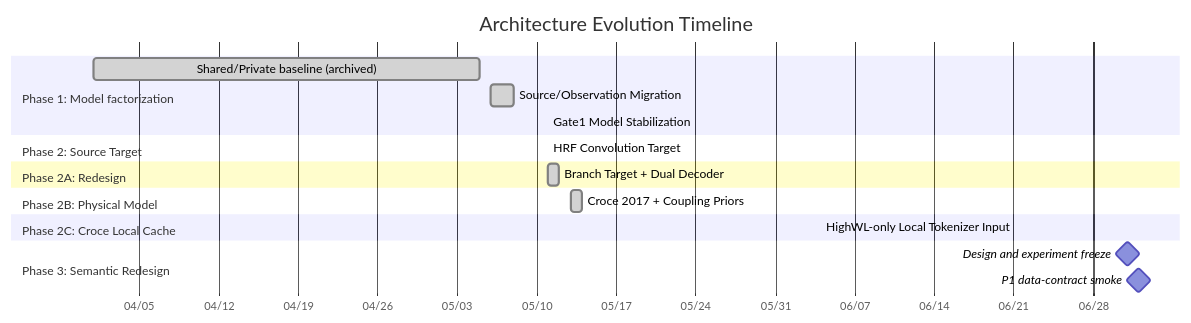
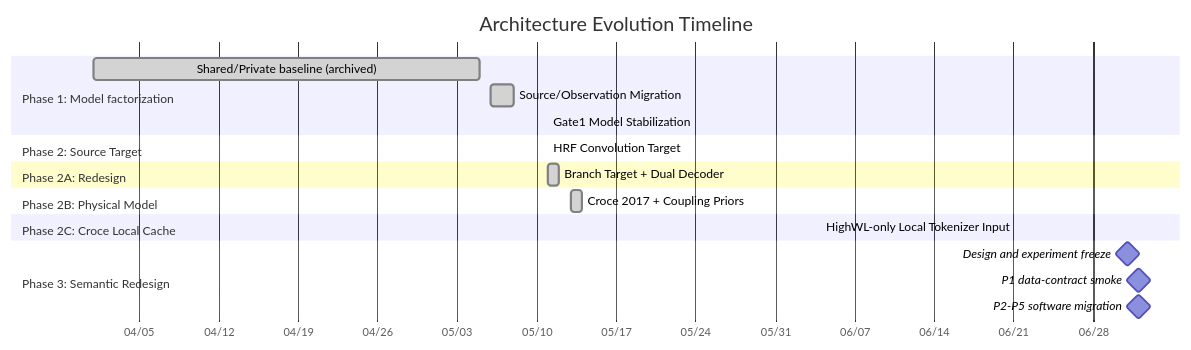
Before and after one commit to Kevin65536/PID-MCM: the diagram in docs/architecture_changelog/INDEX.md, drawn with Mermaid. The commit also changed other lines of this file and 7 other files, not shown here.

Commit message:
docs: record P2-P5 software migration

````diff
--- a/docs/architecture_changelog/INDEX.md
+++ b/docs/architecture_changelog/INDEX.md
@@ -18,23 +18,24 @@
 ```mermaid
 gantt
     accTitle: Architecture evolution timeline
     accDescr: The source observation lineage is complete through the Croce local runtime, followed by a planned physiology semantic tokenizer redesign.
     title Architecture Evolution Timeline
     dateFormat  YYYY-MM-DD
     axisFormat  %m/%d
     section Phase 1: Model factorization
         Shared/Private baseline (archived) :done, 2026-04-01, 2026-05-05
         Source/Observation Migration      :done, 2026-05-06, 2026-05-08
         Gate1 Model Stabilization         :done, 2026-05-11, 2026-05-11
     section Phase 2: Source Target
         HRF Convolution Target            :done, 2026-05-11, 2026-05-11
     section Phase 2A: Redesign
         Branch Target + Dual Decoder      :done, 2026-05-11, 2026-05-12
     section Phase 2B: Physical Model
         Croce 2017 + Coupling Priors      :done, 2026-05-13, 2026-05-14
     section Phase 2C: Croce Local Cache
         HighWL-only Local Tokenizer Input :done, 2026-06-04, 2026-06-04
     section Phase 3: Semantic Redesign
         Design and experiment freeze      :milestone, 2026-07-01, 0d
         P1 data-contract smoke            :milestone, 2026-07-02, 0d
+        P2-P5 software migration          :milestone, 2026-07-02, 0d
 ```
````
